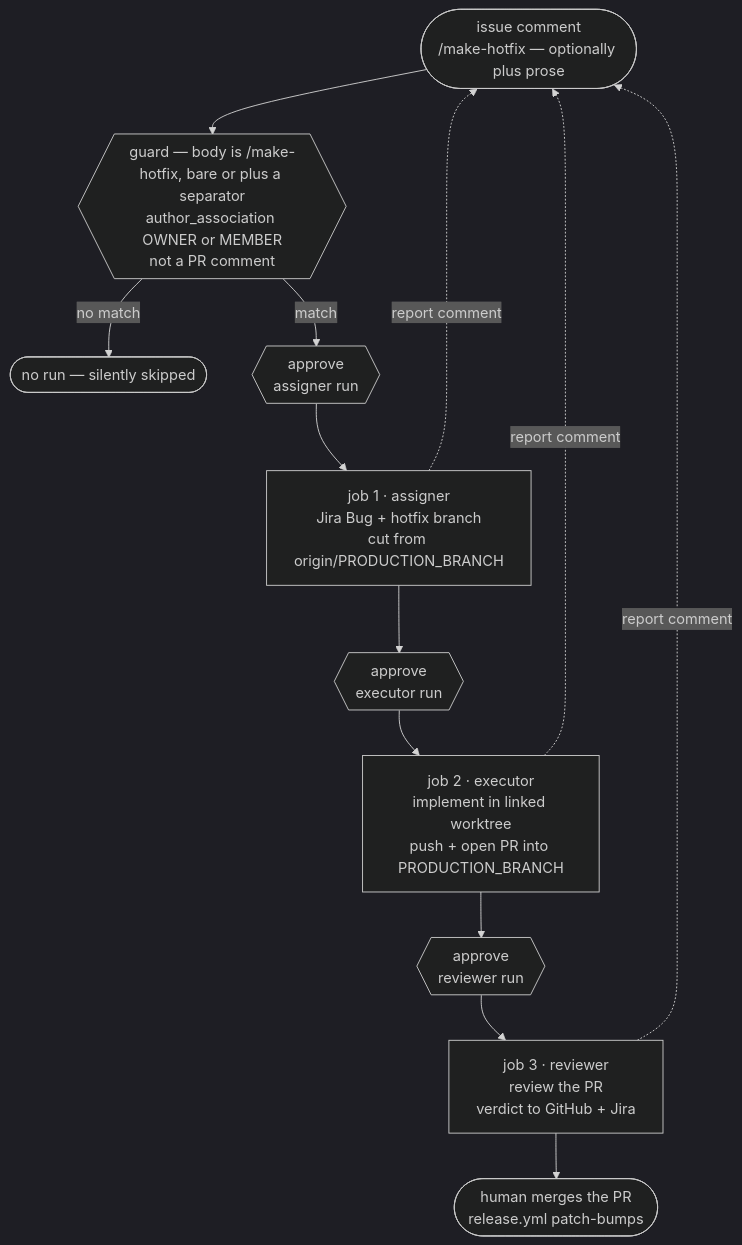
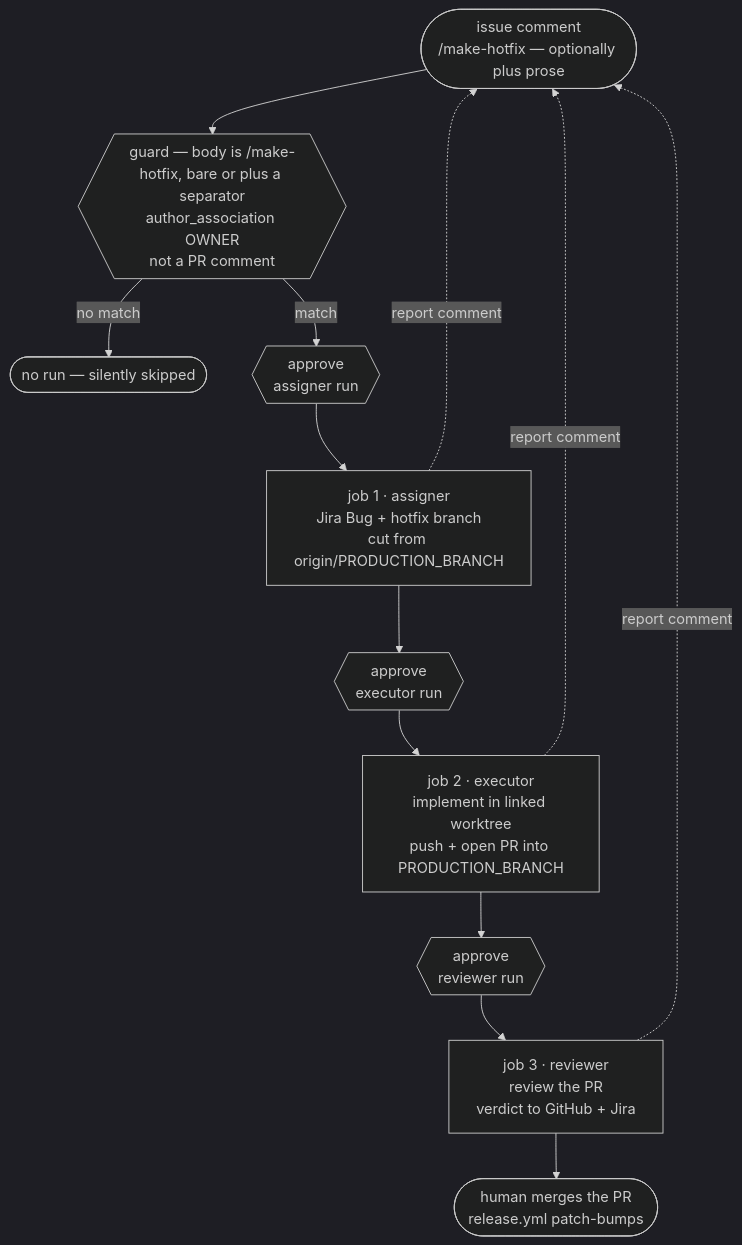
One commit to kantorv/jira-sdlc-tools changed the diagram in plugins/jira-sdlc/docs/applications/ci-hotfix-flow-demo.md. Above: the diagram before and after it, drawn with Mermaid (dark theme). The commit also changed other lines of this file and 5 other files, not shown here.

````diff
--- a/plugins/jira-sdlc/docs/applications/ci-hotfix-flow-demo.md
+++ b/plugins/jira-sdlc/docs/applications/ci-hotfix-flow-demo.md
@@ -45,15 +45,15 @@
 ```mermaid
 flowchart TB
-    C([issue comment<br>/make-hotfix — optionally plus prose]) --> GA{{"guard — body is /make-hotfix, bare or plus a separator<br>author_association OWNER or MEMBER<br>not a PR comment"}}
+    C([issue comment<br>/make-hotfix — optionally plus prose]) --> GA{{"guard — body is /make-hotfix, bare or plus a separator<br>author_association OWNER<br>not a PR comment"}}
     GA -->|no match| X([no run — silently skipped])
     GA -->|match| G1{{"approve<br>assigner run"}}
     G1 --> J1["job 1 · assigner<br>Jira Bug + hotfix branch<br>cut from origin/PRODUCTION_BRANCH"]
     J1 --> G2{{"approve<br>executor run"}}
     G2 --> J2["job 2 · executor<br>implement in linked worktree<br>push + open PR into PRODUCTION_BRANCH"]
     J2 --> G3{{"approve<br>reviewer run"}}
     G3 --> J3["job 3 · reviewer<br>review the PR<br>verdict to GitHub + Jira"]
     J3 --> H([human merges the PR<br>release.yml patch-bumps])
     J1 -.->|report comment| C
     J2 -.->|report comment| C
     J3 -.->|report comment| C
 ```
````
